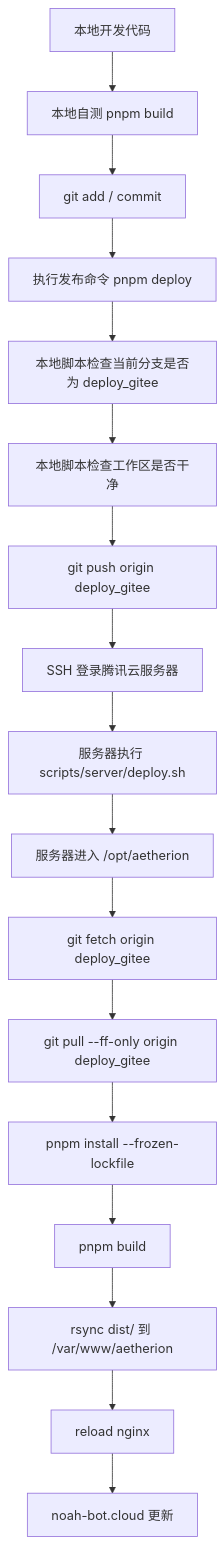
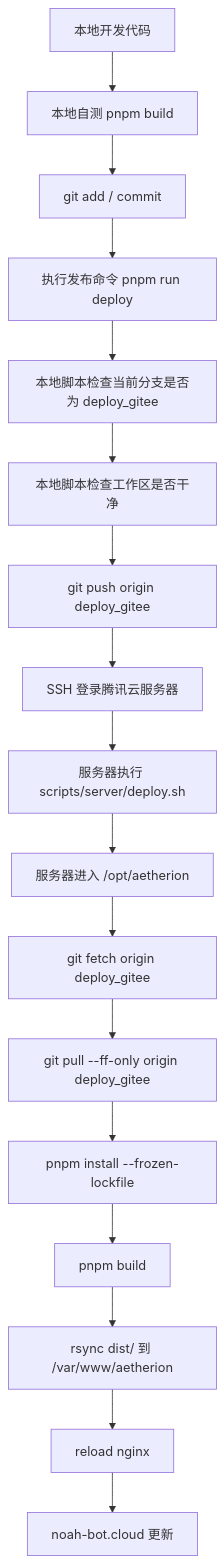
Before and after one commit to ShowTimeWalker/Aetherion: the first of 4 diagrams in DEPLOY_FLOW.md, drawn with Mermaid. The commit also changed other lines of this file and 1 other file, not shown here.

Commit message:
fix: use pnpm run deploy command

````diff
--- a/DEPLOY_FLOW.md
+++ b/DEPLOY_FLOW.md
@@ -60,19 +60,19 @@
 ```mermaid
 flowchart TD
     A[本地开发代码] --> B[本地自测 pnpm build]
     B --> C[git add / commit]
-    C --> D[执行发布命令 pnpm deploy]
+    C --> D[执行发布命令 pnpm run deploy]
     D --> E[本地脚本检查当前分支是否为 deploy_gitee]
     E --> F[本地脚本检查工作区是否干净]
     F --> G[git push origin deploy_gitee]
     G --> H[SSH 登录腾讯云服务器]
     H --> I[服务器执行 scripts/server/deploy.sh]
     I --> J[服务器进入 /opt/aetherion]
     J --> K[git fetch origin deploy_gitee]
     K --> L[git pull --ff-only origin deploy_gitee]
     L --> M[pnpm install --frozen-lockfile]
     M --> N[pnpm build]
     N --> O[rsync dist/ 到 /var/www/aetherion]
     O --> P[reload nginx]
     P --> Q[noah-bot.cloud 更新]
 ```
````
